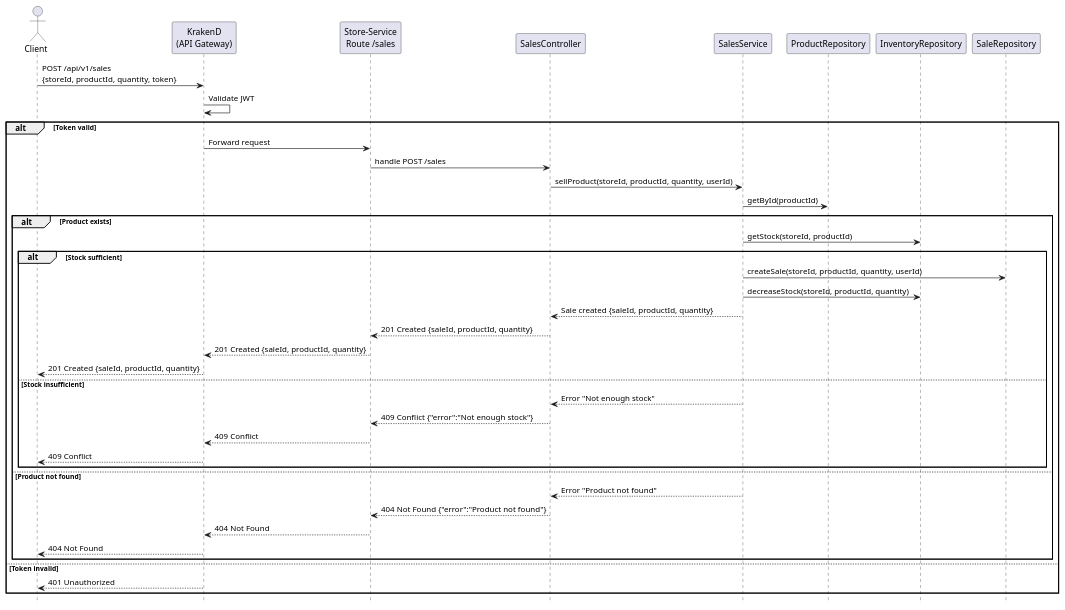
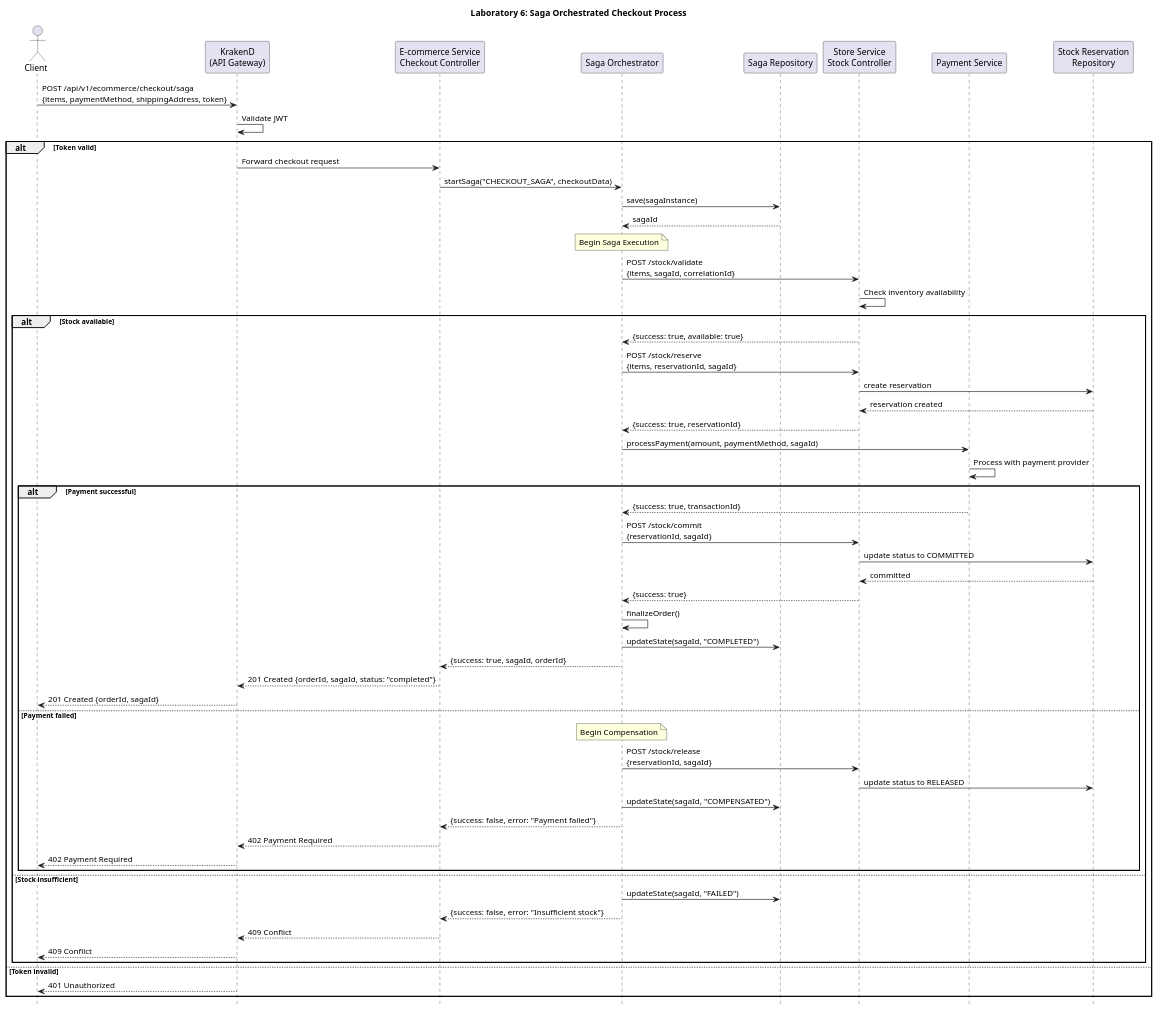
Before and after one commit to Massy-Haddad/LOG-430-Laboratoire-01: the diagram in docs/UML/process-view.puml, drawn with PlantUML. The commit also changed 13 other files, not shown here.

```diff
--- a/docs/UML/process-view.puml
+++ b/docs/UML/process-view.puml
@@ -1,43 +1,78 @@
 @startuml process-view
 hide footbox
+title Laboratory 6: Saga Orchestrated Checkout Process
+
 actor Client
 participant "KrakenD\n(API Gateway)" as Gateway
-participant "Store-Service\nRoute /sales" as Route
-participant "SalesController" as Controller
-participant "SalesService" as Service
-participant "ProductRepository" as ProductRepo
-participant "InventoryRepository" as InventoryRepo
-participant "SaleRepository" as SaleRepo
+participant "E-commerce Service\nCheckout Controller" as EcomController
+participant "Saga Orchestrator" as Orchestrator
+participant "Saga Repository" as SagaRepo
+participant "Store Service\nStock Controller" as StoreController
+participant "Payment Service" as PaymentService
+participant "Stock Reservation\nRepository" as StockRepo
 
-Client -> Gateway : POST /api/v1/sales\n{storeId, productId, quantity, token}
+Client -> Gateway : POST /api/v1/ecommerce/checkout/saga\n{items, paymentMethod, shippingAddress, token}
 Gateway -> Gateway : Validate JWT
 alt Token valid
-    Gateway -> Route : Forward request
-    Route -> Controller : handle POST /sales
-    Controller -> Service : sellProduct(storeId, productId, quantity, userId)
-    Service -> ProductRepo : getById(productId)
-    alt Product exists
-        Service -> InventoryRepo : getStock(storeId, productId)
-        alt Stock sufficient
-            Service -> SaleRepo : createSale(storeId, productId, quantity, userId)
-            Service -> InventoryRepo : decreaseStock(storeId, productId, quantity)
-            Service --> Controller : Sale created {saleId, productId, quantity}
-            Controller --> Route : 201 Created {saleId, productId, quantity}
-            Route --> Gateway : 201 Created {saleId, productId, quantity}
-            Gateway --> Client : 201 Created {saleId, productId, quantity}
-        else Stock insufficient
-            Service --> Controller : Error "Not enough stock"
-            Controller --> Route : 409 Conflict {"error":"Not enough stock"}
-            Route --> Gateway : 409 Conflict
-            Gateway --> Client : 409 Conflict
+    Gateway -> EcomController : Forward checkout request
+    EcomController -> Orchestrator : startSaga("CHECKOUT_SAGA", checkoutData)
+    
+    Orchestrator -> SagaRepo : save(sagaInstance)
+    SagaRepo --> Orchestrator : sagaId
+    
+    note over Orchestrator : Begin Saga Execution
+    
+    ' Step 1: Validate Stock
+    Orchestrator -> StoreController : POST /stock/validate\n{items, sagaId, correlationId}
+    StoreController -> StoreController : Check inventory availability
+    alt Stock available
+        StoreController --> Orchestrator : {success: true, available: true}
+        
+        ' Step 2: Reserve Stock
+        Orchestrator -> StoreController : POST /stock/reserve\n{items, reservationId, sagaId}
+        StoreController -> StockRepo : create reservation
+        StockRepo --> StoreController : reservation created
+        StoreController --> Orchestrator : {success: true, reservationId}
+        
+        ' Step 3: Process Payment
+        Orchestrator -> PaymentService : processPayment(amount, paymentMethod, sagaId)
+        PaymentService -> PaymentService : Process with payment provider
+        alt Payment successful
+            PaymentService --> Orchestrator : {success: true, transactionId}
+            
+            ' Step 4: Commit Stock Reservation
+            Orchestrator -> StoreController : POST /stock/commit\n{reservationId, sagaId}
+            StoreController -> StockRepo : update status to COMMITTED
+            StockRepo --> StoreController : committed
+            StoreController --> Orchestrator : {success: true}
+            
+            ' Step 5: Finalize Order
+            Orchestrator -> Orchestrator : finalizeOrder()
+            Orchestrator -> SagaRepo : updateState(sagaId, "COMPLETED")
+            
+            Orchestrator --> EcomController : {success: true, sagaId, orderId}
+            EcomController --> Gateway : 201 Created {orderId, sagaId, status: "completed"}
+            Gateway --> Client : 201 Created {orderId, sagaId}
+            
+        else Payment failed
+            note over Orchestrator : Begin Compensation
+            Orchestrator -> StoreController : POST /stock/release\n{reservationId, sagaId}
+            StoreController -> StockRepo : update status to RELEASED
+            Orchestrator -> SagaRepo : updateState(sagaId, "COMPENSATED")
+            Orchestrator --> EcomController : {success: false, error: "Payment failed"}
+            EcomController --> Gateway : 402 Payment Required
+            Gateway --> Client : 402 Payment Required
         end
-    else Product not found
-        Service --> Controller : Error "Product not found"
-        Controller --> Route : 404 Not Found {"error":"Product not found"}
-        Route --> Gateway : 404 Not Found
-        Gateway --> Client : 404 Not Found
+        
+    else Stock insufficient
+        Orchestrator -> SagaRepo : updateState(sagaId, "FAILED")
+        Orchestrator --> EcomController : {success: false, error: "Insufficient stock"}
+        EcomController --> Gateway : 409 Conflict
+        Gateway --> Client : 409 Conflict
     end
+    
 else Token invalid
     Gateway --> Client : 401 Unauthorized
 end
+
 @enduml
```
